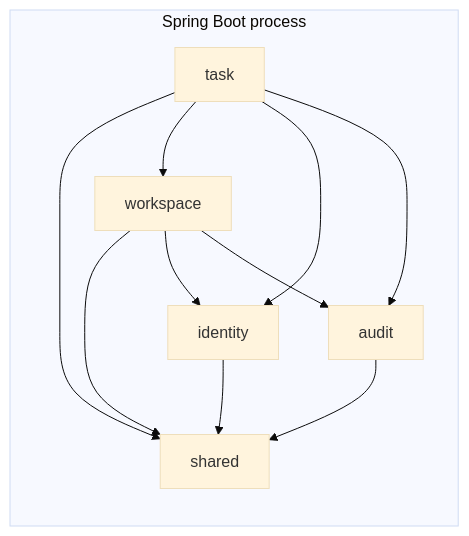
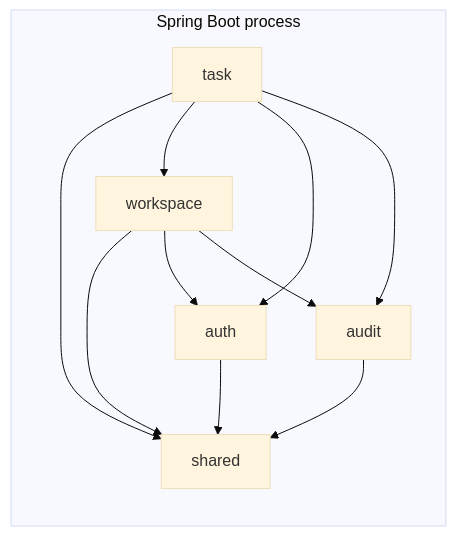
The third of 3 diagrams in docs/diagrams/c4.md (eyubin/team-flow), drawn with Mermaid (base theme) before and after one commit. The commit also changed other lines of this file and 76 other files, not shown here.

````diff
--- a/docs/diagrams/c4.md
+++ b/docs/diagrams/c4.md
@@ -51,20 +51,20 @@
 ```mermaid
 flowchart LR
   subgraph api [Spring Boot process]
-    identity[identity]
+    auth[auth]
     workspace[workspace]
     task[task]
     audit[audit]
     shared[shared]
   end
 
-  identity --> shared
+  auth --> shared
   workspace --> shared
-  workspace --> identity
+  workspace --> auth
   task --> shared
   task --> workspace
-  task --> identity
+  task --> auth
   audit --> shared
   task --> audit
   workspace --> audit
 ```
````
